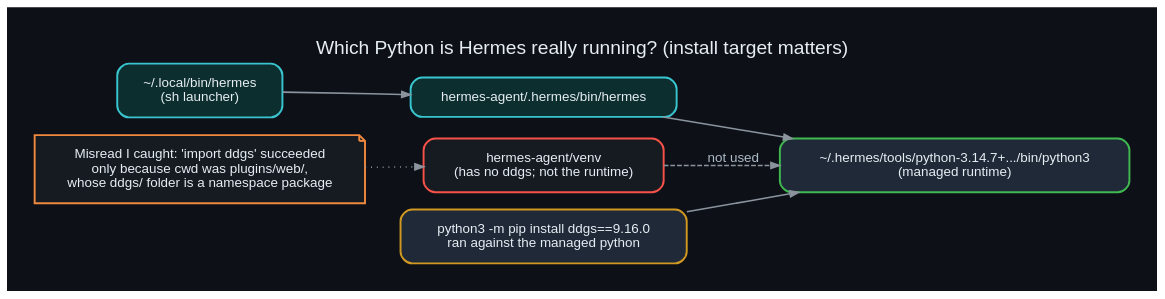
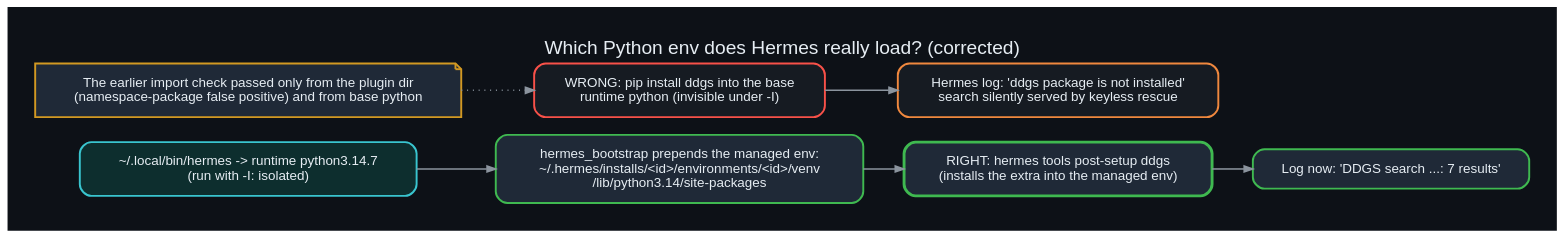
One commit to danindiana/hermes-web-search-ddgs changed the diagram in diagrams/06_python_env_gotcha.dot. Above: the diagram before and after it, drawn with Graphviz. The commit also changed 42 other files, not shown here.

Commit message:
Correct ddgs install target and browser placement; add e2e findings, cleanup, egress review, diagrams 26-34

```diff
--- a/diagrams/06_python_env_gotcha.dot
+++ b/diagrams/06_python_env_gotcha.dot
@@ -1,13 +1,14 @@
 digraph g {
 graph [bgcolor="#0d1117", rankdir=LR, fontname="Helvetica", fontcolor="#e6edf3", labelloc="t", fontsize=20, pad=0.4];
 node  [fontname="Helvetica", fontcolor="#e6edf3", color="#30363d", style="filled,rounded", shape=box, penwidth=2, margin="0.25,0.18", fillcolor="#161b22"];
 edge  [color="#8b949e", fontname="Helvetica", fontcolor="#adbac7", penwidth=1.6, arrowsize=0.9];
-label="Which Python is Hermes really running? (install target matters)";
-l [label="~/.local/bin/hermes\n(sh launcher)", color="#39c5cf", fillcolor="#0d2e2e"];
-m [label="hermes-agent/.hermes/bin/hermes", color="#39c5cf", fillcolor="#0d2e2e"];
-s [label="~/.hermes/tools/python-3.14.7+.../bin/python3\n(managed runtime)", color="#3fb950", fillcolor="#1f2937"];
-v [label="hermes-agent/venv\n(has no ddgs; not the runtime)", color="#f85149"];
-i [label="python3 -m pip install ddgs==9.16.0\nran against the managed python", color="#d29922", fillcolor="#1f2937"];
-x [label="Misread I caught: 'import ddgs' succeeded\nonly because cwd was plugins/web/,\nwhose ddgs/ folder is a namespace package", color="#f0883e", shape=note];
-l->m->s; i->s; v->s [style=dashed, label="not used"]; x->v [style=dotted];
+label="Which Python env does Hermes really load? (corrected)";
+l [label="~/.local/bin/hermes -> runtime python3.14.7\n(run with -I: isolated)", color="#39c5cf", fillcolor="#0d2e2e"];
+b [label="hermes_bootstrap prepends the managed env:\n~/.hermes/installs/<id>/environments/<id>/venv\n/lib/python3.14/site-packages", color="#3fb950", fillcolor="#1f2937"];
+w [label="WRONG: pip install ddgs into the base\nruntime python (invisible under -I)", color="#f85149"];
+x [label="Hermes log: 'ddgs package is not installed'\nsearch silently served by keyless rescue", color="#f0883e"];
+f [label="RIGHT: hermes tools post-setup ddgs\n(installs the extra into the managed env)", color="#3fb950", fillcolor="#1f2937", penwidth=3];
+v [label="Log now: 'DDGS search ...: 7 results'", color="#3fb950", fillcolor="#1f2937"];
+l->b; w->x; b->f; f->v;
+n [label="The earlier import check passed only from the plugin dir\n(namespace-package false positive) and from base python", color="#d29922", fillcolor="#1f2937", shape=note]; n->w [style=dotted];
 }
```
